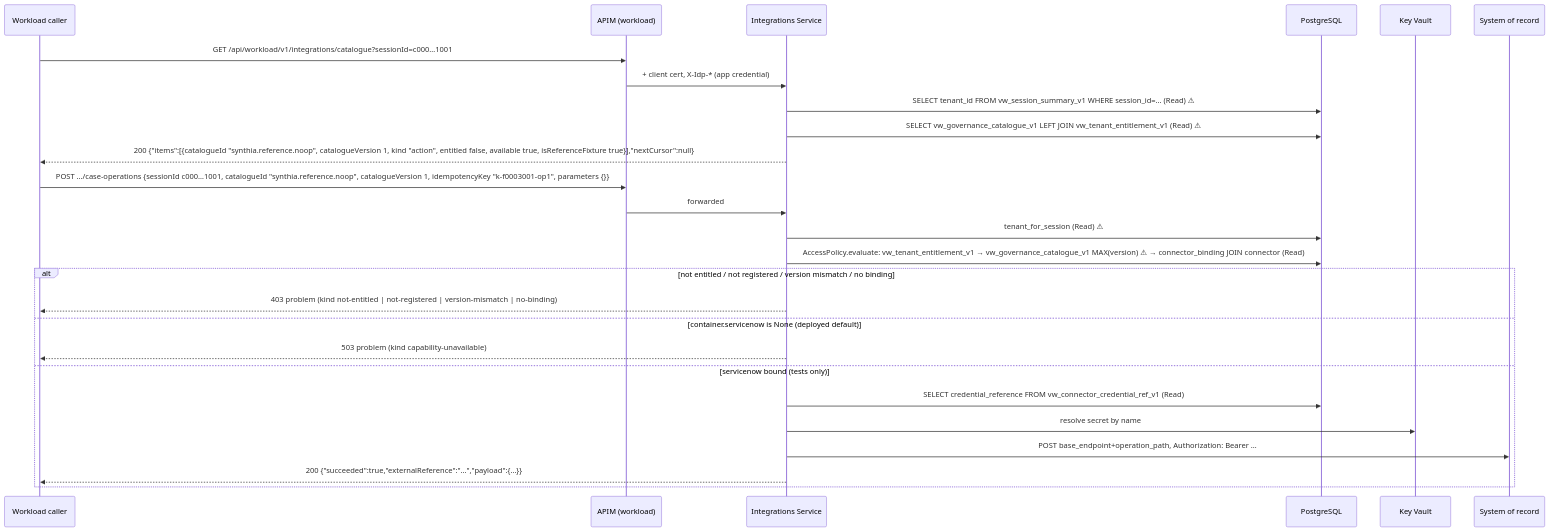
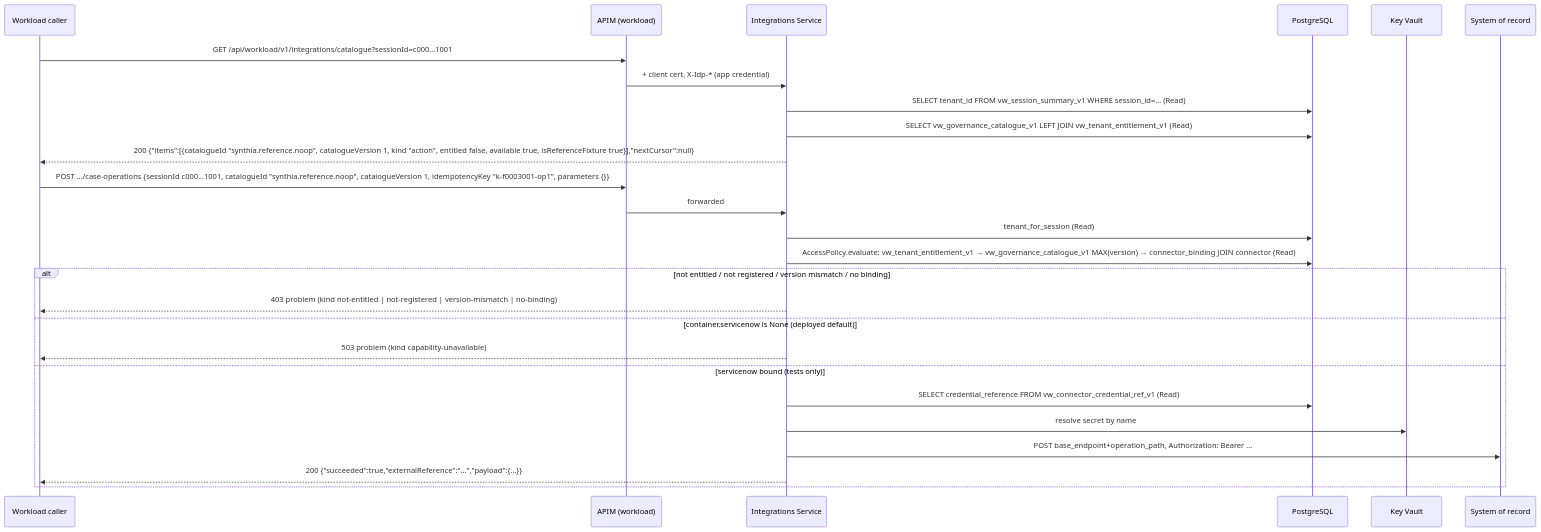
Before and after one commit to kotharinilay/itsm-poc: the fifth of 6 diagrams in docs/current-implementation/scenarios.md, drawn with Mermaid. The commit also changed other lines of this file and 3 other files, not shown here.

````diff
--- a/docs/current-implementation/scenarios.md
+++ b/docs/current-implementation/scenarios.md
@@ -255,28 +255,28 @@
 ```mermaid
 sequenceDiagram
   participant W as Workload caller
   participant G as APIM (workload)
   participant I as Integrations Service
   participant DB as PostgreSQL
   participant KV as Key Vault
   participant SN as System of record
   W->>G: GET /api/workload/v1/integrations/catalogue?sessionId=c000…1001
   G->>I: + client cert, X-Idp-* (app credential)
-  I->>DB: SELECT tenant_id FROM vw_session_summary_v1 WHERE session_id=… (Read) ⚠
-  I->>DB: SELECT vw_governance_catalogue_v1 LEFT JOIN vw_tenant_entitlement_v1 (Read) ⚠
+  I->>DB: SELECT tenant_id FROM vw_session_summary_v1 WHERE session_id=… (Read)
+  I->>DB: SELECT vw_governance_catalogue_v1 LEFT JOIN vw_tenant_entitlement_v1 (Read)
   I-->>W: 200 {"items":[{catalogueId "synthia.reference.noop", catalogueVersion 1, kind "action", entitled false, available true, isReferenceFixture true}],"nextCursor":null}
   W->>G: POST …/case-operations {sessionId c000…1001, catalogueId "synthia.reference.noop", catalogueVersion 1, idempotencyKey "k-f0003001-op1", parameters {}}
   G->>I: forwarded
-  I->>DB: tenant_for_session (Read) ⚠
-  I->>DB: AccessPolicy.evaluate: vw_tenant_entitlement_v1 → vw_governance_catalogue_v1 MAX(version) ⚠ → connector_binding JOIN connector (Read)
+  I->>DB: tenant_for_session (Read)
+  I->>DB: AccessPolicy.evaluate: vw_tenant_entitlement_v1 → vw_governance_catalogue_v1 MAX(version) → connector_binding JOIN connector (Read)
   alt not entitled / not registered / version mismatch / no binding
     I-->>W: 403 problem (kind not-entitled | not-registered | version-mismatch | no-binding)
   else container.servicenow is None (deployed default)
     I-->>W: 503 problem (kind capability-unavailable)
   else servicenow bound (tests only)
     I->>DB: SELECT credential_reference FROM vw_connector_credential_ref_v1 (Read)
     I->>KV: resolve secret by name
     I->>SN: POST base_endpoint+operation_path, Authorization: Bearer …
     I-->>W: 200 {"succeeded":true,"externalReference":"…","payload":{…}}
   end
 ```
````
